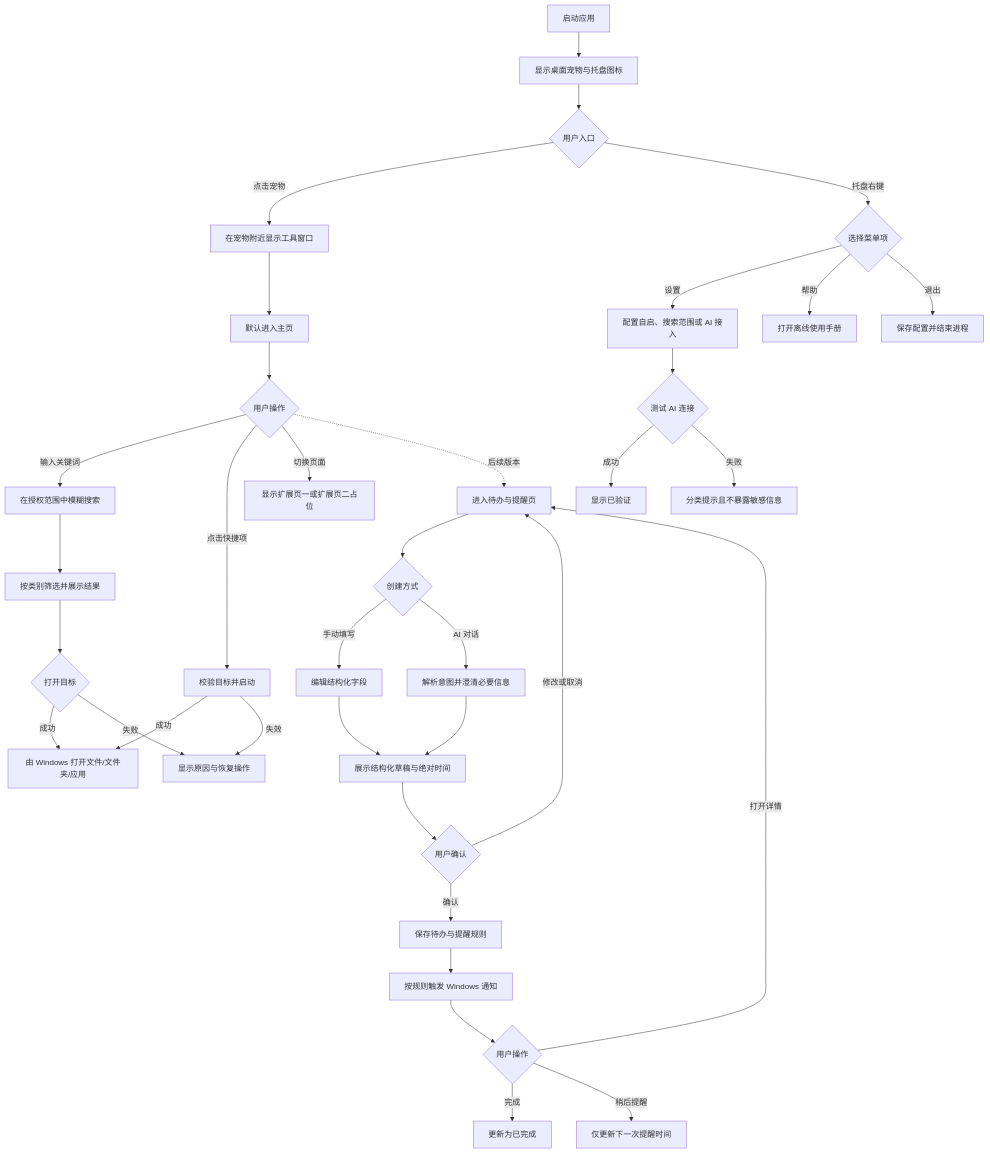
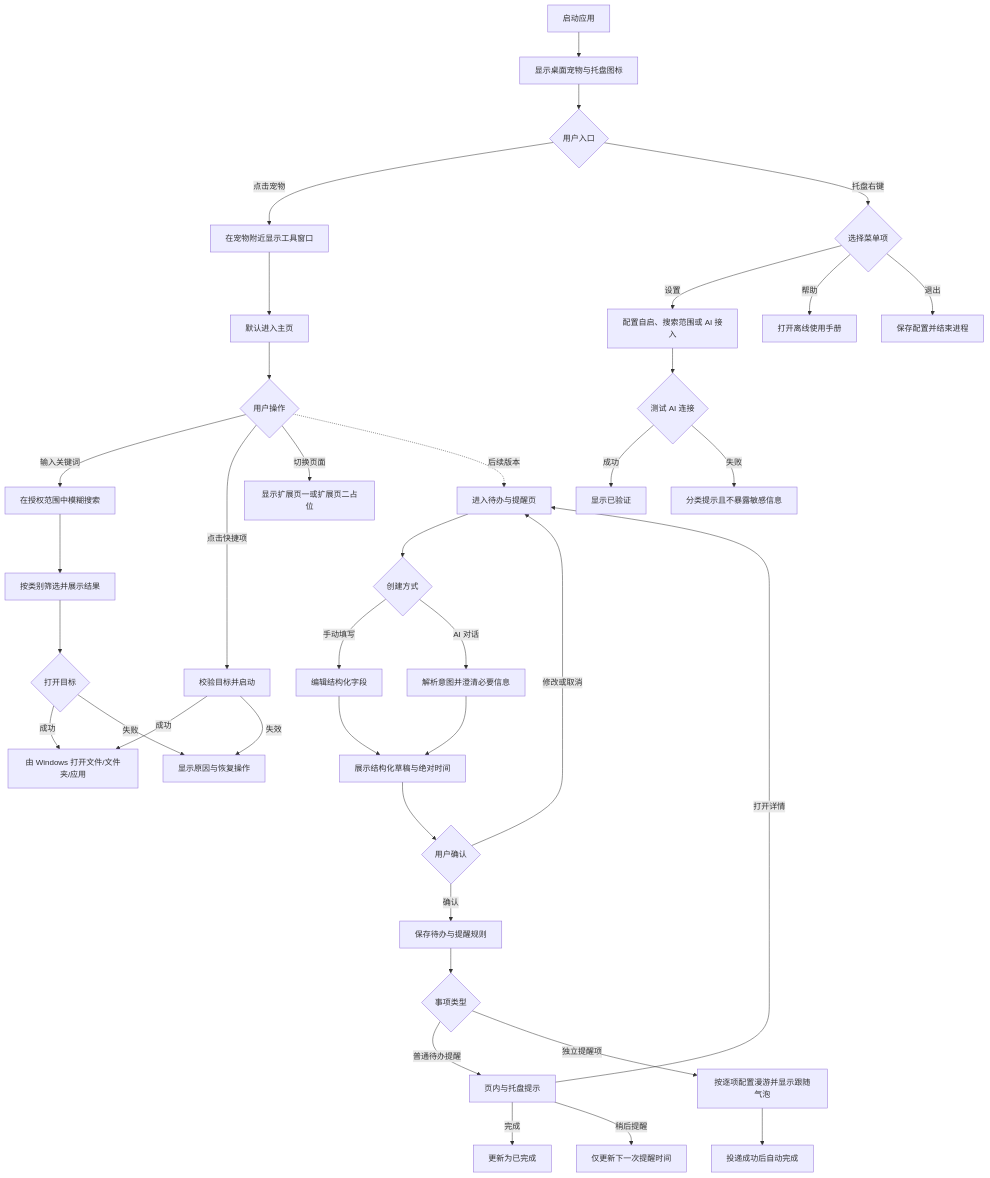
One commit to mawenshui/windows-ai-desktop-pet changed the diagram in docs/Windows桌面宠物产品需求文档_PRD.md. Above: the diagram before and after it, drawn with Mermaid. The commit also changed other lines of this file and 31 other files, not shown here.

````diff
--- a/docs/Windows桌面宠物产品需求文档_PRD.md
+++ b/docs/Windows桌面宠物产品需求文档_PRD.md
@@ -356,38 +359,40 @@
 ```mermaid
 flowchart TD
     A[启动应用] --> B[显示桌面宠物与托盘图标]
     B --> C{用户入口}
     C -->|点击宠物| D[在宠物附近显示工具窗口]
     D --> E[默认进入主页]
     E --> F{用户操作}
     F -->|输入关键词| G[在授权范围中模糊搜索]
     G --> H[按类别筛选并展示结果]
     H --> I{打开目标}
     I -->|成功| J[由 Windows 打开文件/文件夹/应用]
     I -->|失败| K[显示原因与恢复操作]
     F -->|点击快捷项| L[校验目标并启动]
     L -->|成功| J
     L -->|失效| K
     F -->|切换页面| M[显示扩展页一或扩展页二占位]
     C -->|托盘右键| N{选择菜单项}
     N -->|设置| O[配置自启、搜索范围或 AI 接入]
     O --> P{测试 AI 连接}
     P -->|成功| Q[显示已验证]
     P -->|失败| R[分类提示且不暴露敏感信息]
     N -->|帮助| S[打开离线使用手册]
     N -->|退出| T[保存配置并结束进程]
     F -. 后续版本 .-> U[进入待办与提醒页]
     U --> V{创建方式}
     V -->|手动填写| W[编辑结构化字段]
     V -->|AI 对话| X[解析意图并澄清必要信息]
     X --> Y[展示结构化草稿与绝对时间]
     W --> Y
     Y --> Z{用户确认}
     Z -->|修改或取消| U
     Z -->|确认| AA[保存待办与提醒规则]
-    AA --> AB[按规则触发 Windows 通知]
-    AB --> AC{用户操作}
+    AA --> AB{事项类型}
+    AB -->|普通待办提醒| AC[页内与托盘提示]
     AC -->|完成| AD[更新为已完成]
     AC -->|稍后提醒| AE[仅更新下一次提醒时间]
     AC -->|打开详情| U
+    AB -->|独立提醒项| AF[按逐项配置漫游并显示跟随气泡]
+    AF --> AG[投递成功后自动完成]
 ```
````
